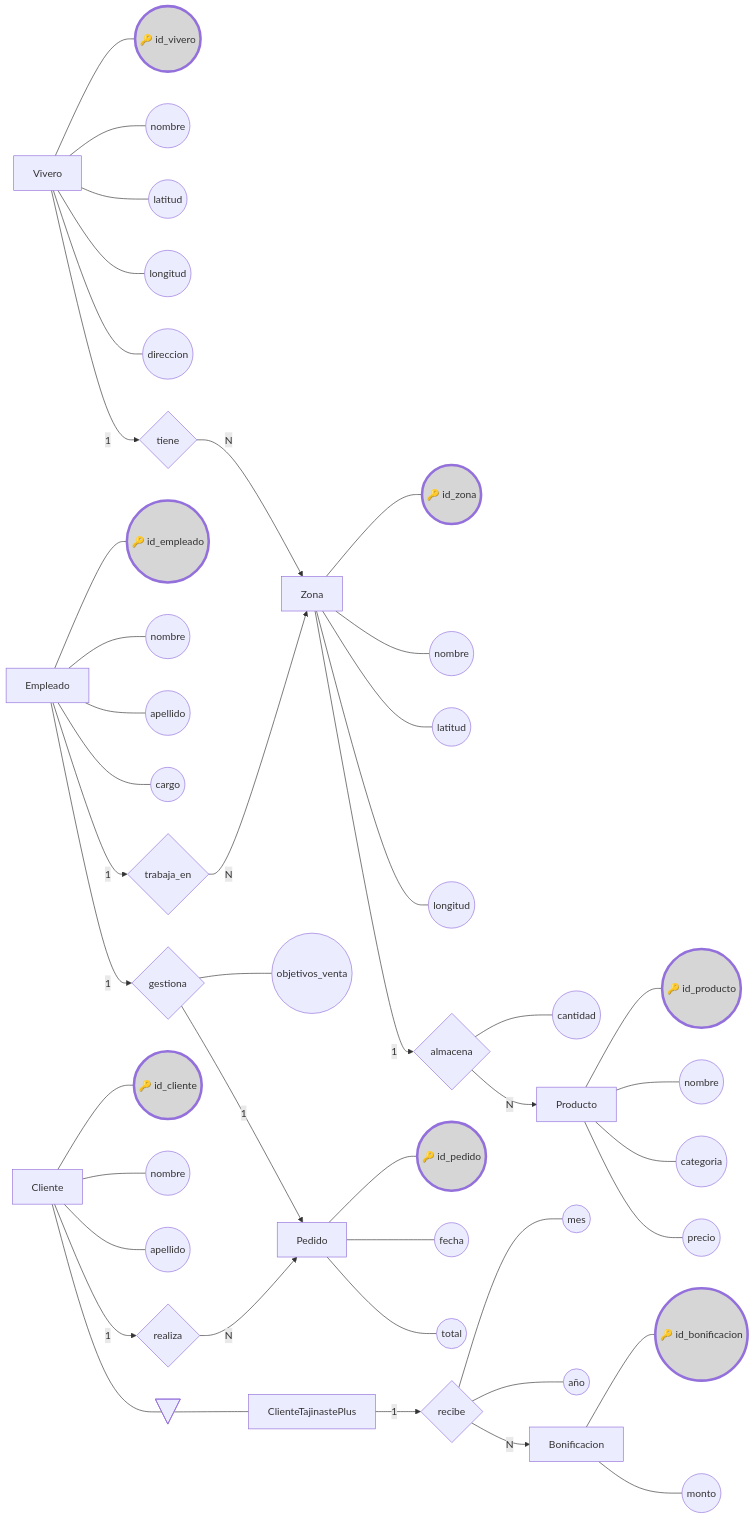
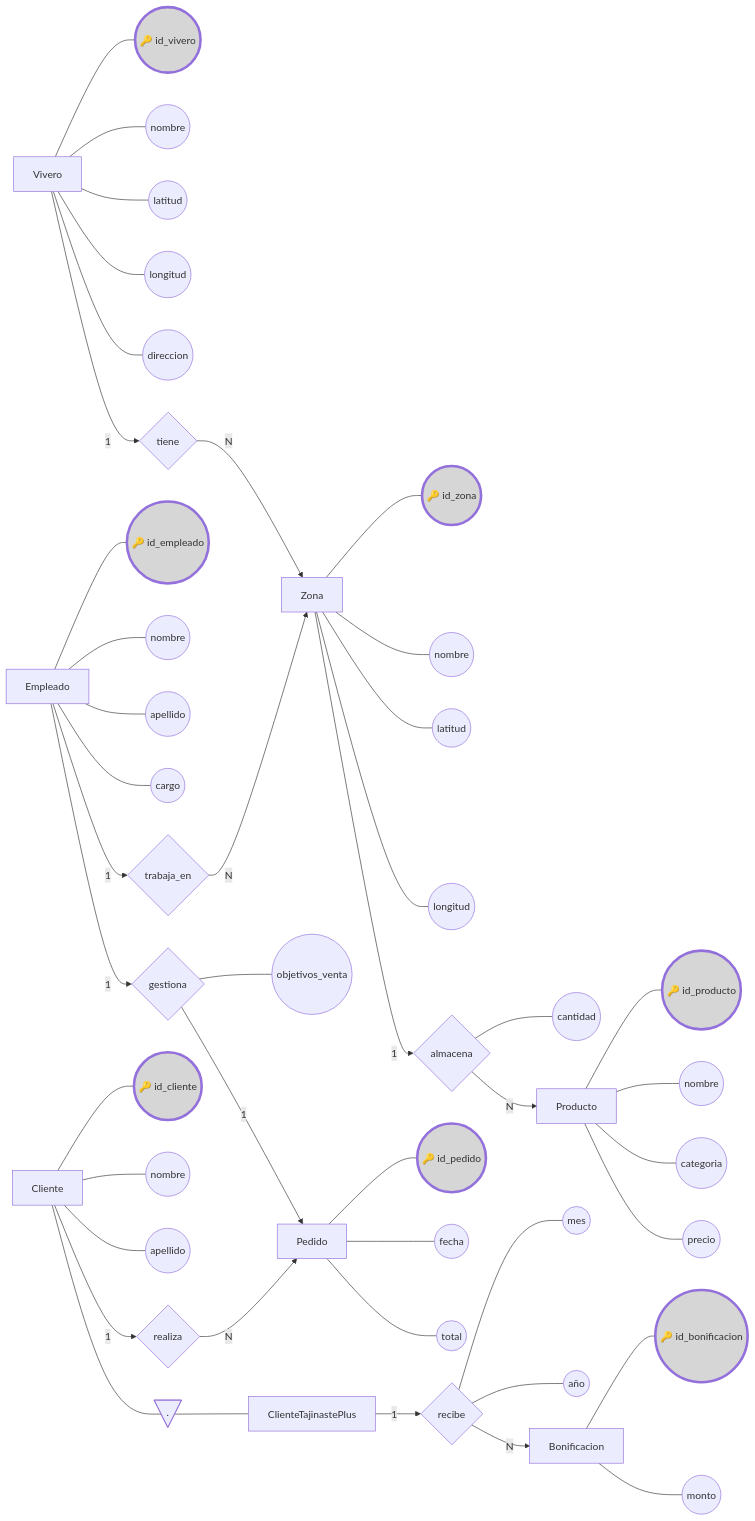
One commit to tomas2p/aydbd2526 changed the diagram in P3 - Modelo entidad-relacion Viveros.md. Above: the diagram before and after it, drawn with Mermaid.

Commit message:
Update P3 - Modelo entidad-relacion Viveros.md

````diff
--- a/P3 - Modelo entidad-relacion Viveros.md
+++ b/P3 - Modelo entidad-relacion Viveros.md
@@ -9,80 +9,80 @@
 ```mermaid
 flowchart LR
     %% Entidades
     VIV[Vivero]
     ZON[Zona]
     PRO[Producto]
     EMP[Empleado]
     CLI[Cliente]
-	A@{ shape: flip-tri, label: "­" }
+	A@{ shape: flip-tri, label: ".­" }
 	CTP[ClienteTajinastePlus]
     PED[Pedido]
     BON[Bonificacion]
 
     %% Atributos Vivero
     VIV --- VIV_PK((🔑 id_vivero))
     VIV --- VIV_Nombre((nombre))
     VIV --- VIV_Lat((latitud))
     VIV --- VIV_Lon((longitud))
     VIV --- VIV_Direccion((direccion))
 
     %% Atributos Zona
     ZON --- ZON_PK((🔑 id_zona))
     ZON --- ZON_Nombre((nombre))
     ZON --- ZON_Lat((latitud))
     ZON --- ZON_Lon((longitud))
 
     %% Atributos Producto
     PRO --- PRO_PK((🔑 id_producto))
     PRO --- PRO_Nombre((nombre))
     PRO --- PRO_Categoria((categoria))
     PRO --- PRO_Precio((precio))
 
     %% Atributos Empleado
     EMP --- EMP_PK((🔑 id_empleado))
     EMP --- EMP_Nombre((nombre))
     EMP --- EMP_Apellido((apellido))
     EMP --- EMP_Cargo((cargo))
 
     %% Atributos Cliente
     CLI --- CLI_PK((🔑 id_cliente))
     CLI --- CLI_Nombre((nombre))
     CLI --- CLI_Apellido((apellido))
     
     %% Atributos ClienteTajinastePlus
     %% CTP --- CTP_Mes((mes))
     %% CTP --- CTP_Año((año))
 
     %% Atributos Pedido
     PED --- PED_PK((🔑 id_pedido))
     PED --- PED_Fecha((fecha))
     PED --- PED_Total((total))
 
     %% Atributos Bonificacion
     BON --- BON_PK((🔑 id_bonificacion))
     BON --- BON_Monto((monto))
 
     %% Relaciones
     VIV -- "1" --> R1{tiene} -- "N" --> ZON
     R2 --- ZON_Cantidad((cantidad))
     ZON -- "1" --> R2{almacena} -- "N" --> PRO
     EMP -- "1" --> R4{trabaja_en} -- "N" --> ZON
     CLI -- "1" --> R6{realiza} -- "N" --> PED
     R7 --- EMP_Ove((objetivos_venta))
     EMP -- "1" --> R7{gestiona} -- "1" --> PED
     R8 --- CTP_Mes((mes))
     R8 --- CTP_Año((año))
     CTP -- "1" --> R8{recibe} -- "N" --> BON
     
     %% Herencia Cliente - ClienteTajinastePlus
     CLI --- A --- CTP
 
     %% === Estilos globales para claves primarias (PK) ===
     style VIV_PK fill:#3333,stroke-width:4px
     style ZON_PK fill:#3333,stroke-width:4px
     style PRO_PK fill:#3333,stroke-width:4px
     style EMP_PK fill:#3333,stroke-width:4px
     style CLI_PK fill:#3333,stroke-width:4px
     style PED_PK fill:#3333,stroke-width:4px
     style BON_PK fill:#3333,stroke-width:4px
 ```
````
